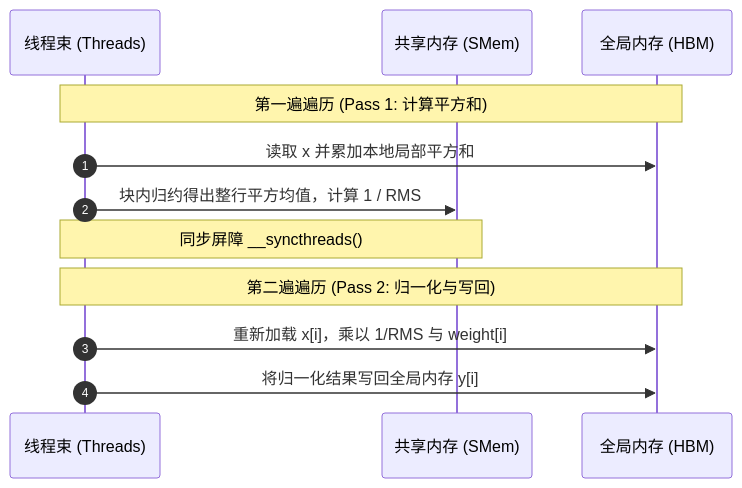
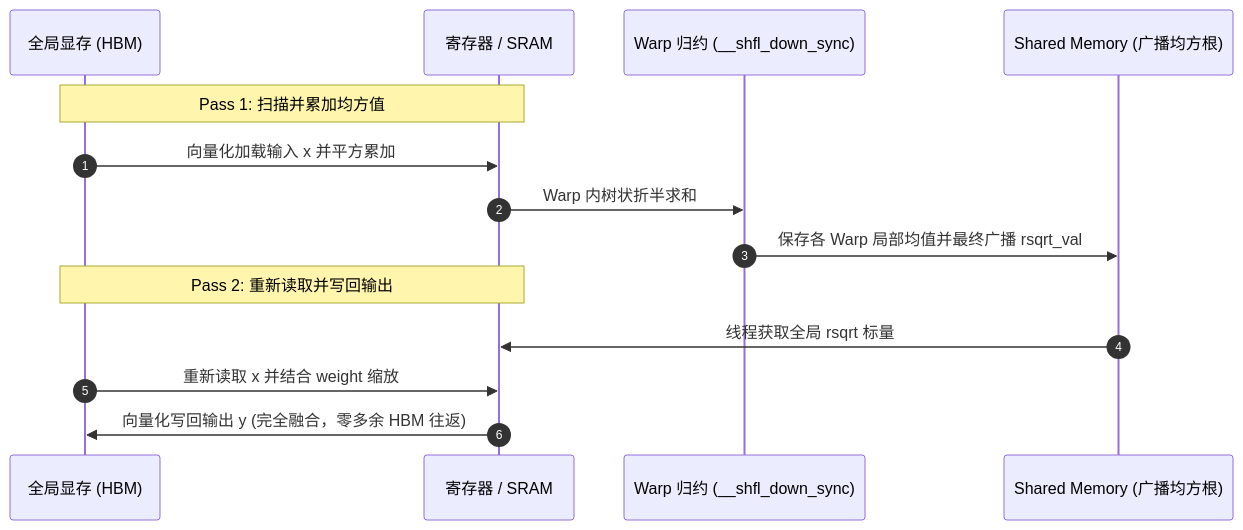
Before and after one commit to hsthanb4/hpclearning: the second of 2 diagrams in cuda/lesson04_rmsnorm.qmd, drawn with Mermaid. The commit also changed other lines of this file and 89 other files, not shown here.

Commit message:
style(docs): relocate images and diagrams adjacent to their textual references across all lessons

````diff
--- a/cuda/lesson04_rmsnorm.qmd
+++ b/cuda/lesson04_rmsnorm.qmd
@@ -41,15 +64,17 @@
 ```{mermaid}
 sequenceDiagram
     autonumber
-    participant T as 线程束 (Threads)
-    participant S as 共享内存 (SMem)
-    participant GM as 全局内存 (HBM)
+    participant GM as 全局显存 (HBM)
+    participant Reg as 寄存器 / SRAM
+    participant W as Warp 归约 (__shfl_down_sync)
+    participant SM as Shared Memory (广播均方根)
 
-    Note over T,GM: 第一遍遍历 (Pass 1: 计算平方和)
-    T->>GM: 读取 x 并累加本地局部平方和
-    T->>S: 块内归约得出整行平方均值，计算 1 / RMS
-    Note over T,S: 同步屏障 __syncthreads()
-    Note over T,GM: 第二遍遍历 (Pass 2: 归一化与写回)
-    T->>GM: 重新加载 x[i]，乘以 1/RMS 与 weight[i]
-    T->>GM: 将归一化结果写回全局内存 y[i]
+    Note over GM,Reg: Pass 1: 扫描并累加均方值
+    GM->>Reg: 向量化加载输入 x 并平方累加
+    Reg->>W: Warp 内树状折半求和
+    W->>SM: 保存各 Warp 局部均值并最终广播 rsqrt_val
+    Note over Reg,GM: Pass 2: 重新读取并写回输出
+    SM->>Reg: 线程获取全局 rsqrt 标量
+    GM->>Reg: 重新读取 x 并结合 weight 缩放
+    Reg->>GM: 向量化写回输出 y (完全融合，零多余 HBM 往返)
 ```
````
